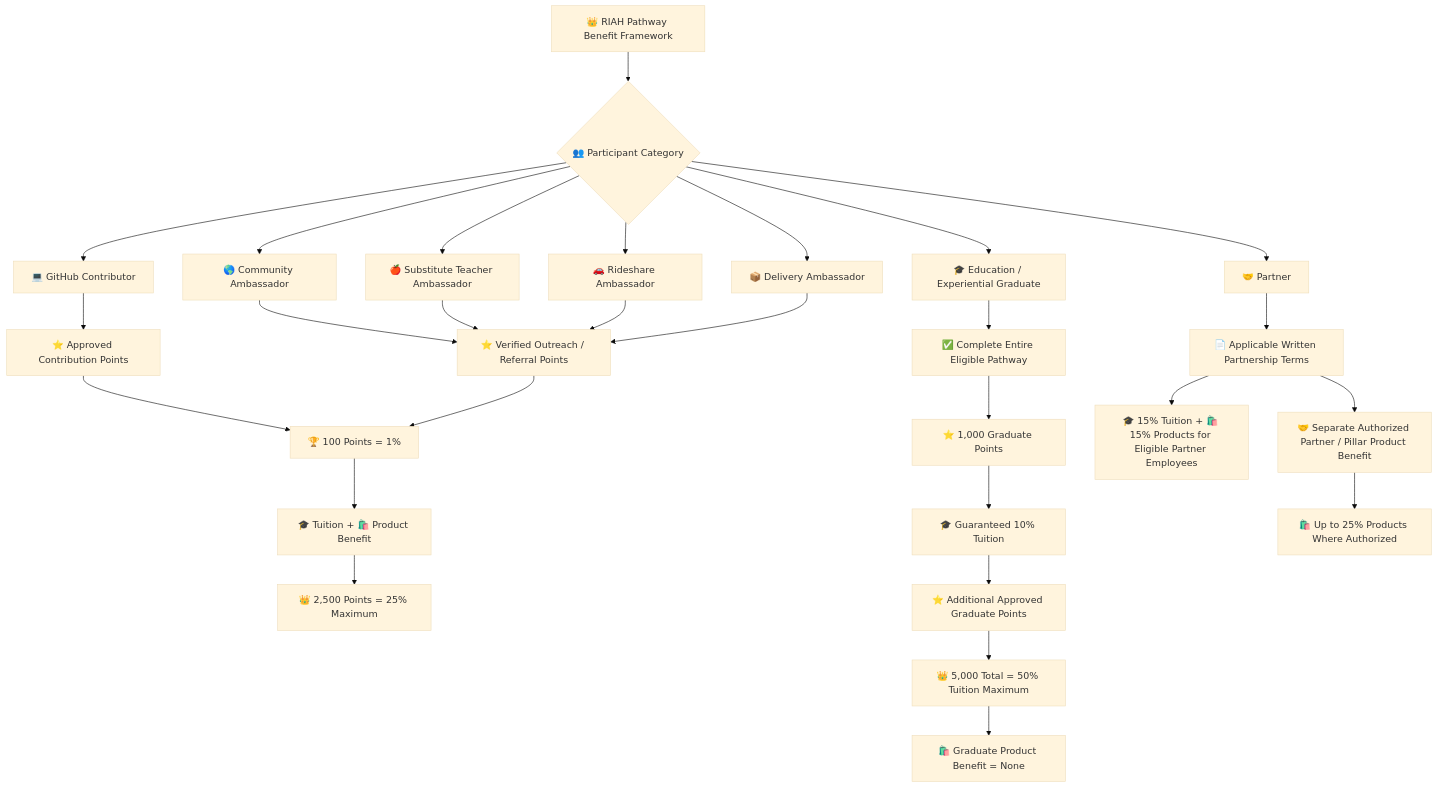
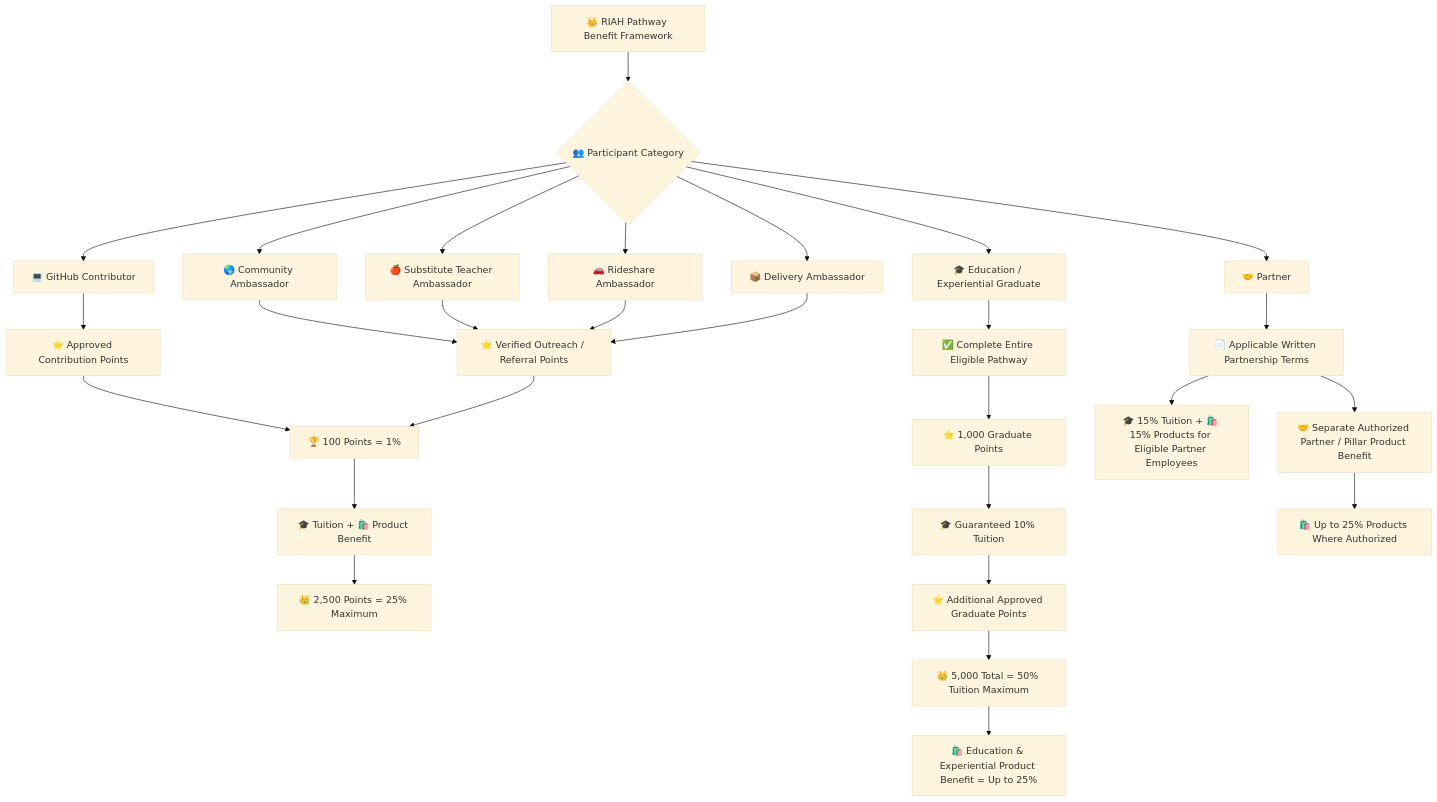
The diagram in Contributor-Benefits/README.md (RIAHPathway/Website), drawn with Mermaid (base theme) before and after one commit. The commit also changed other lines of this file, not shown here.

Commit message:
Align Education Graduate product benefit summary

````diff
--- a/Contributor-Benefits/README.md
+++ b/Contributor-Benefits/README.md
@@ -84,30 +84,30 @@
 ```mermaid
 flowchart TB
 A["👑 RIAH Pathway Benefit Framework"] --> B{"👥 Participant Category"}
 B --> C["💻 GitHub Contributor"]
 B --> D["🌎 Community Ambassador"]
 B --> E["🍎 Substitute Teacher Ambassador"]
 B --> F["🚗 Rideshare Ambassador"]
 B --> G["📦 Delivery Ambassador"]
 B --> H["🎓 Education / Experiential Graduate"]
 B --> I["🤝 Partner"]
 C --> J["⭐ Approved Contribution Points"]
 D --> K["⭐ Verified Outreach / Referral Points"]
 E --> K
 F --> K
 G --> K
 J --> L["🏆 100 Points = 1%"]
 K --> L
 L --> M["🎓 Tuition + 🛍️ Product Benefit"]
 M --> N["👑 2,500 Points = 25% Maximum"]
 H --> O["✅ Complete Entire Eligible Pathway"]
 O --> P["⭐ 1,000 Graduate Points"]
 P --> Q["🎓 Guaranteed 10% Tuition"]
 Q --> R["⭐ Additional Approved Graduate Points"]
 R --> S["👑 5,000 Total = 50% Tuition Maximum"]
-S --> T["🛍️ Graduate Product Benefit = None"]
+S --> T["🛍️ Education & Experiential Product Benefit = Up to 25%"]
 I --> U["📄 Applicable Written Partnership Terms"]
 U --> V["🎓 15% Tuition + 🛍️ 15% Products for Eligible Partner Employees"]
 U --> W["🤝 Separate Authorized Partner / Pillar Product Benefit"]
 W --> X["🛍️ Up to 25% Products Where Authorized"]
 ```
````
